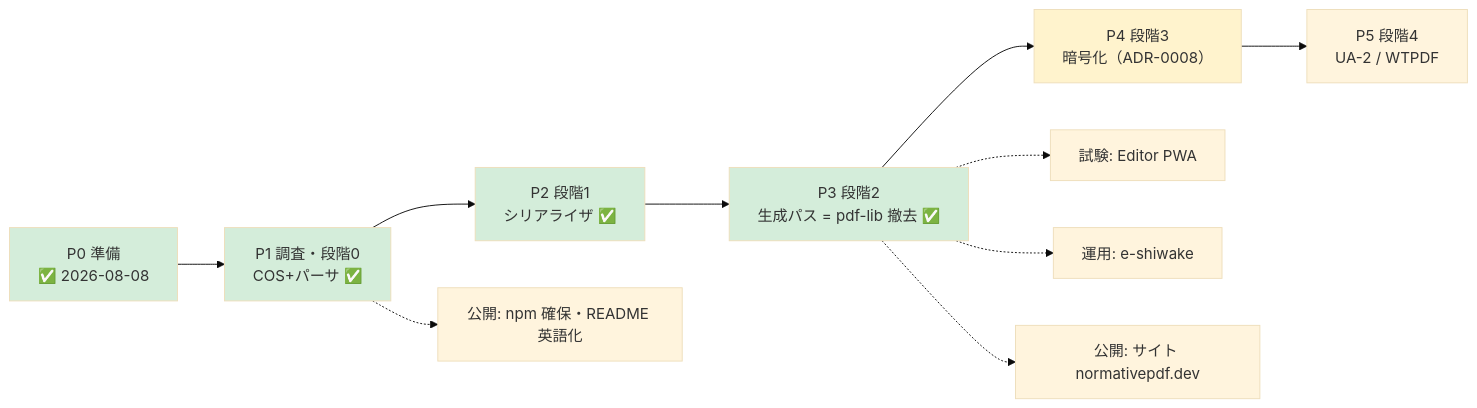
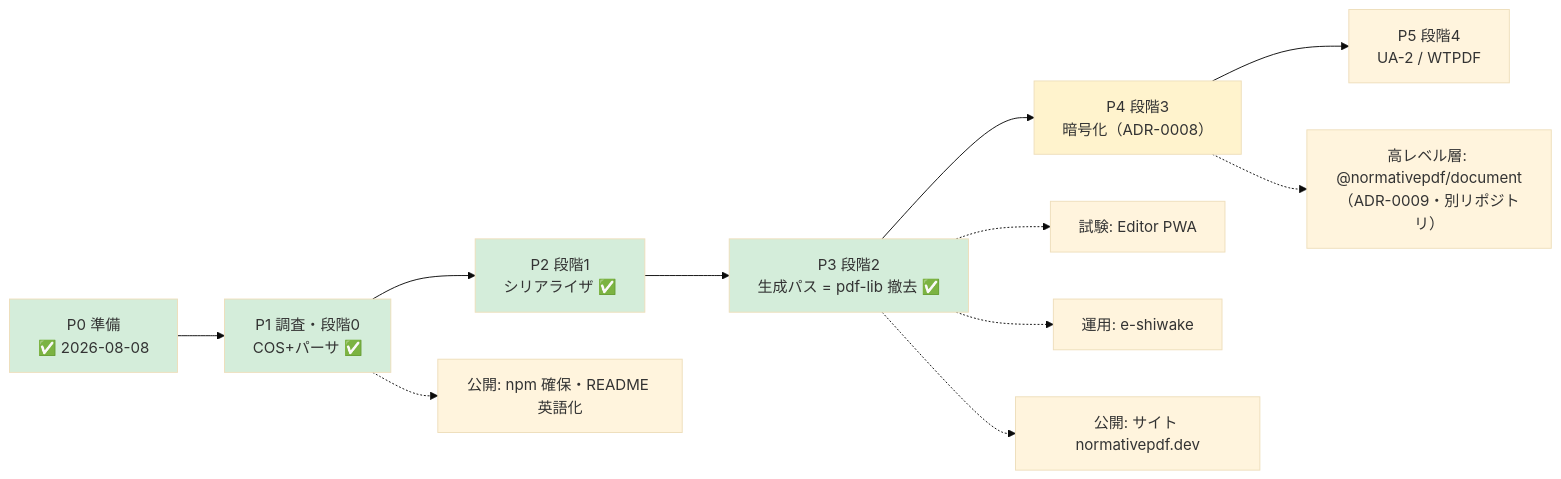
Before and after one commit to shuji-bonji/normativepdf: the diagram in docs/ROADMAP.md, drawn with Mermaid (base theme). The commit also changed other lines of this file and 2 other files, not shown here.

First line of the commit message:
docs: ADR-0009 高レベル層 @normativepdf/document を設定

````diff
--- a/docs/ROADMAP.md
+++ b/docs/ROADMAP.md
@@ -13,17 +13,18 @@
 ```mermaid
 flowchart LR
     P0["P0 準備<br/>✅ 2026-08-08"] --> P1["P1 調査・段階0<br/>COS+パーサ ✅"]
     P1 --> P2["P2 段階1<br/>シリアライザ ✅"]
     P2 --> P3["P3 段階2<br/>生成パス = pdf-lib 撤去 ✅"]
     P3 --> P4["P4 段階3<br/>暗号化（ADR-0008）"]
     P4 --> P5["P5 段階4<br/>UA-2 / WTPDF"]
     P3 -.-> T1["試験: Editor PWA"]
     P3 -.-> T2["運用: e-shiwake"]
     P1 -.-> R1["公開: npm 確保・README 英語化"]
     P3 -.-> R2["公開: サイト normativepdf.dev"]
+    P4 -.-> D1["高レベル層: @normativepdf/document<br/>（ADR-0009・別リポジトリ）"]
     style P0 fill:#d4edda
     style P1 fill:#d4edda
     style P2 fill:#d4edda
     style P3 fill:#d4edda
     style P4 fill:#fff3cd
 ```
````
